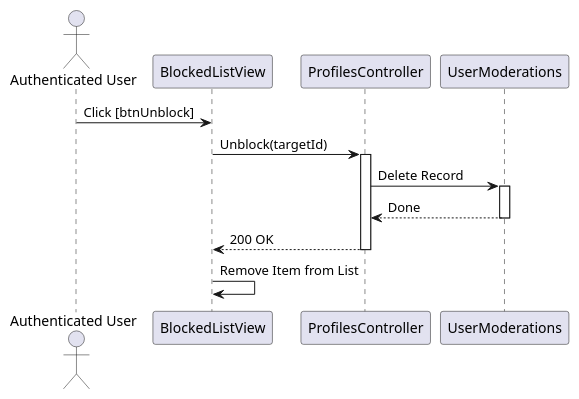
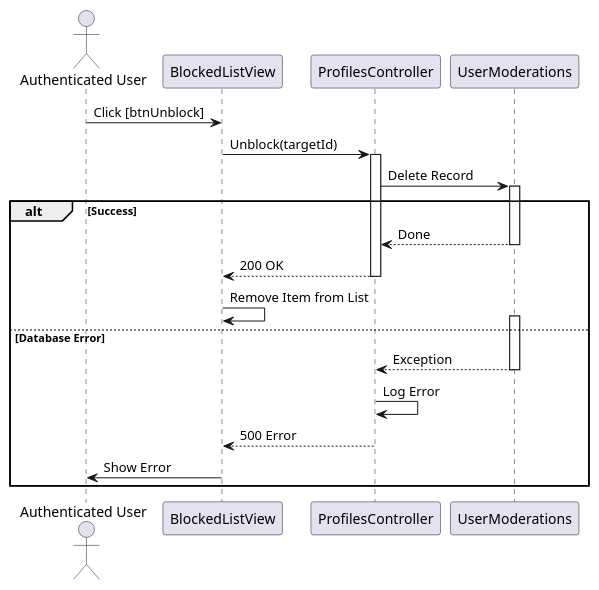
One commit to I-Love-U-3000/Favi-BE changed diagram 12 of 14 in UC_2.1.6_Adjust_Friend.md. Above: the diagram before and after it, drawn with PlantUML. The commit also changed other lines of this file and 4 other files, not shown here.

````diff
--- a/UC_2.1.6_Adjust_Friend.md
+++ b/UC_2.1.6_Adjust_Friend.md
@@ -517,19 +572,29 @@
 ```plantuml
 @startuml
 actor "Authenticated User" as User
 participant "BlockedListView" as View
 participant "ProfilesController" as Controller
 participant "UserModerations" as DB
 
 User -> View: Click [btnUnblock]
 View -> Controller: Unblock(targetId)
 activate Controller
 Controller -> DB: Delete Record
 activate DB
-DB --> Controller: Done
-deactivate DB
-Controller --> View: 200 OK
-deactivate Controller
-View -> View: Remove Item from List
+alt Success
+    DB --> Controller: Done
+    deactivate DB
+    Controller --> View: 200 OK
+    deactivate Controller
+    View -> View: Remove Item from List
+else Database Error
+    activate DB
+    DB --> Controller: Exception
+    deactivate DB
+    Controller -> Controller: Log Error
+    Controller --> View: 500 Error
+    deactivate Controller
+    View -> User: Show Error
+end
 @enduml
 ```
````
